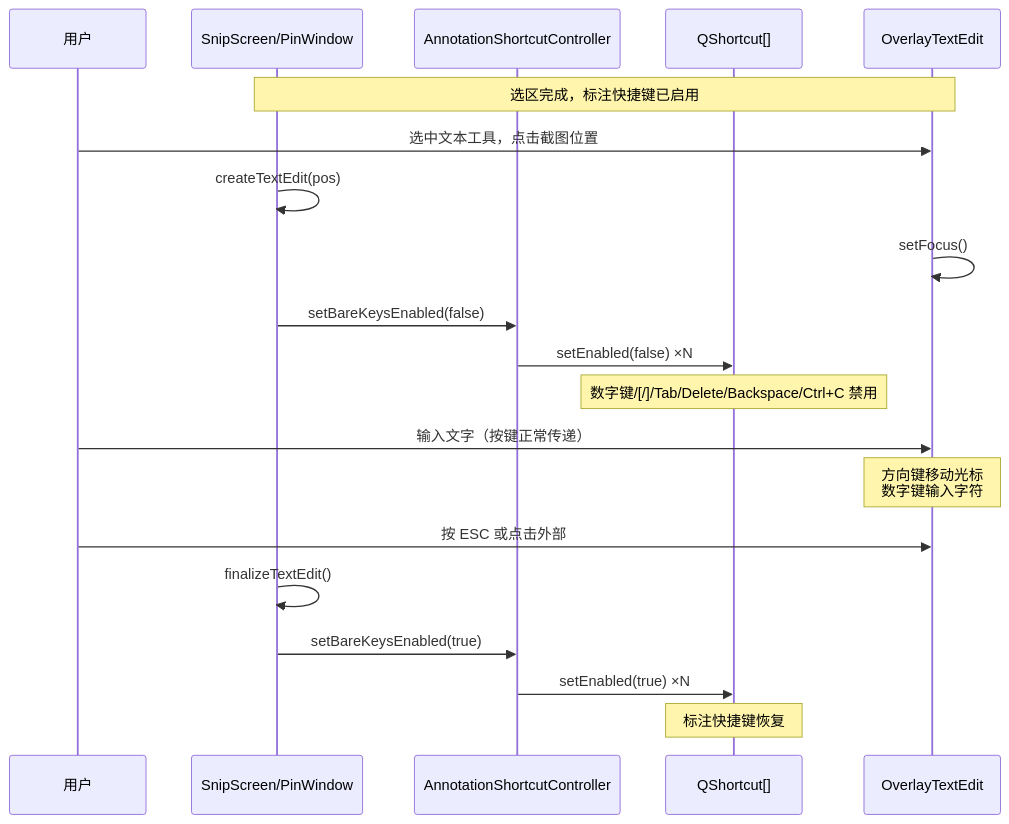
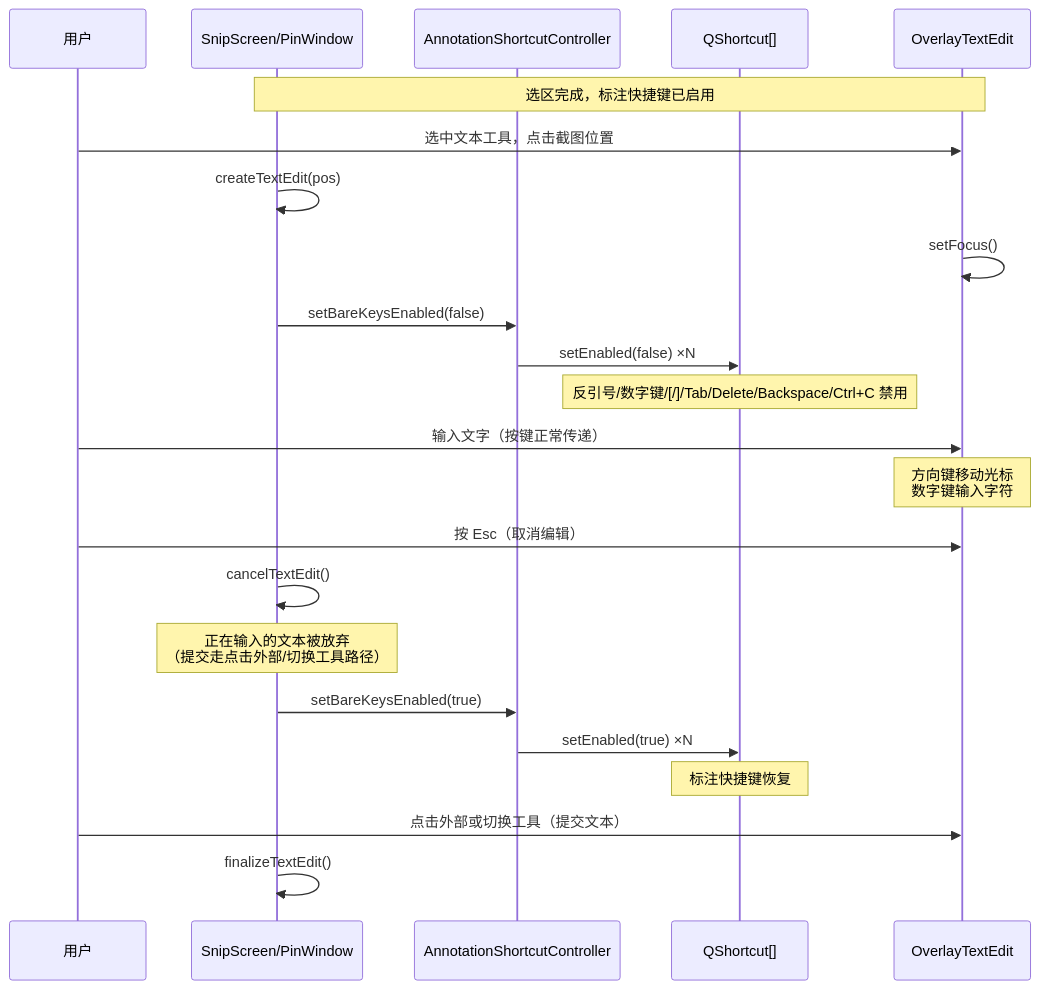
Before and after one commit to ChiangyangNPU/quick-shot: the ninth of 9 diagrams in docs/shortcuts.md, drawn with Mermaid. The commit also changed other lines of this file and 3 other files, not shown here.

````diff
--- a/docs/shortcuts.md
+++ b/docs/shortcuts.md
@@ -696,26 +715,30 @@
 ```mermaid
 sequenceDiagram
     participant User as 用户
     participant SS as SnipScreen/PinWindow
     participant AC as AnnotationShortcutController
     participant QS as QShortcut[]
     participant TE as OverlayTextEdit
 
     Note over SS,TE: 选区完成，标注快捷键已启用
 
     User->>TE: 选中文本工具，点击截图位置
     SS->>SS: createTextEdit(pos)
     TE->>TE: setFocus()
     SS->>AC: setBareKeysEnabled(false)
     AC->>QS: setEnabled(false) ×N
-    Note over QS: 数字键/[/]/Tab/Delete/Backspace/Ctrl+C 禁用
+    Note over QS: 反引号/数字键/[/]/Tab/Delete/Backspace/Ctrl+C 禁用
 
     User->>TE: 输入文字（按键正常传递）
     Note over TE: 方向键移动光标<br/>数字键输入字符
 
-    User->>TE: 按 ESC 或点击外部
-    SS->>SS: finalizeTextEdit()
+    User->>TE: 按 Esc（取消编辑）
+    SS->>SS: cancelTextEdit()
+    Note over SS: 正在输入的文本被放弃<br/>（提交走点击外部/切换工具路径）
     SS->>AC: setBareKeysEnabled(true)
     AC->>QS: setEnabled(true) ×N
     Note over QS: 标注快捷键恢复
+
+    User->>TE: 点击外部或切换工具（提交文本）
+    SS->>SS: finalizeTextEdit()
 ```
````
